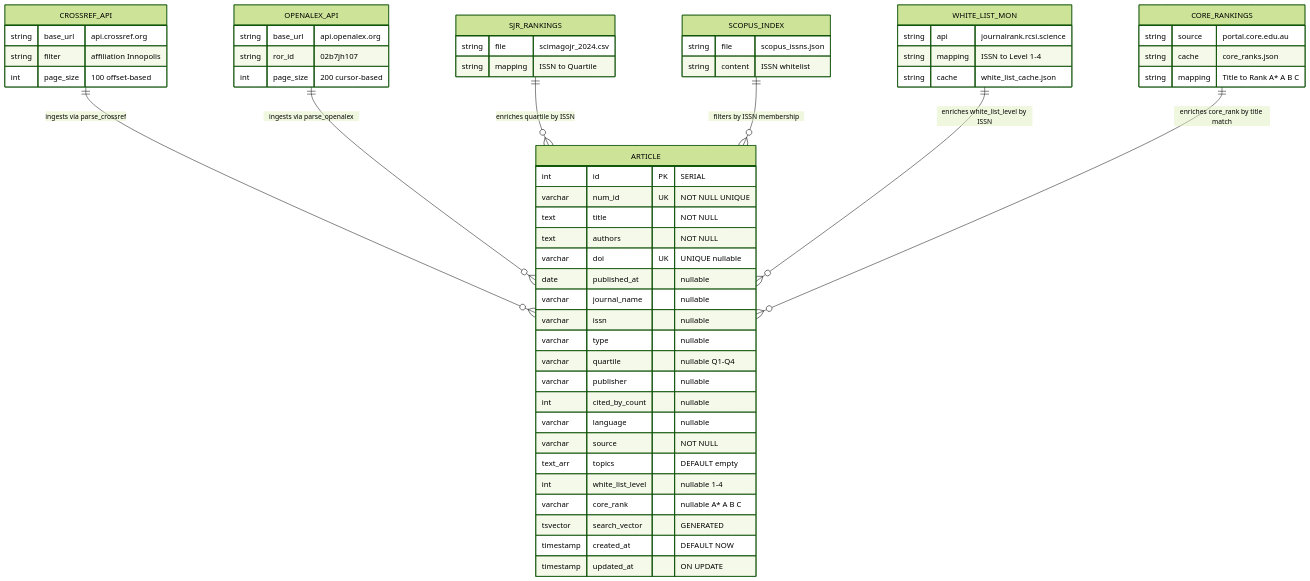
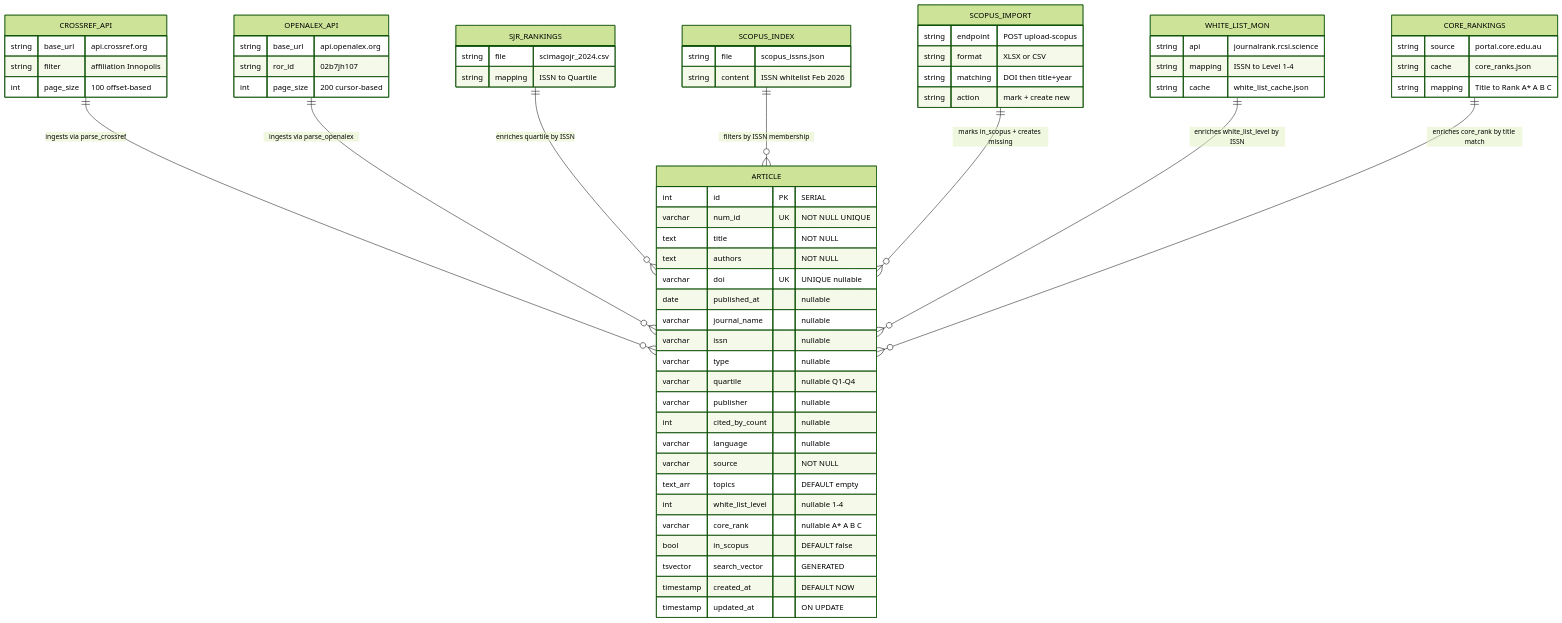
The diagram in diagrams/erd.mmd (sevarus23/Mon_pub), drawn with Mermaid (forest theme) before and after one commit. The commit also changed 14 other files, not shown here.

First line of the commit message:
Add Scopus import: upload file, mark existing articles, create missing ones

```diff
--- a/diagrams/erd.mmd
+++ b/diagrams/erd.mmd
@@ -1,64 +1,73 @@
 erDiagram
     ARTICLE {
         int id PK "SERIAL"
         varchar num_id UK "NOT NULL UNIQUE"
         text title "NOT NULL"
         text authors "NOT NULL"
         varchar doi UK "UNIQUE nullable"
         date published_at "nullable"
         varchar journal_name "nullable"
         varchar issn "nullable"
         varchar type "nullable"
         varchar quartile "nullable Q1-Q4"
         varchar publisher "nullable"
         int cited_by_count "nullable"
         varchar language "nullable"
         varchar source "NOT NULL"
         text_arr topics "DEFAULT empty"
         int white_list_level "nullable 1-4"
         varchar core_rank "nullable A* A B C"
+        bool in_scopus "DEFAULT false"
         tsvector search_vector "GENERATED"
         timestamp created_at "DEFAULT NOW"
         timestamp updated_at "ON UPDATE"
     }
 
     CROSSREF_API {
         string base_url "api.crossref.org"
         string filter "affiliation Innopolis"
         int page_size "100 offset-based"
     }
 
     OPENALEX_API {
         string base_url "api.openalex.org"
         string ror_id "02b7jh107"
         int page_size "200 cursor-based"
     }
 
     SJR_RANKINGS {
         string file "scimagojr_2024.csv"
         string mapping "ISSN to Quartile"
     }
 
     SCOPUS_INDEX {
         string file "scopus_issns.json"
-        string content "ISSN whitelist"
+        string content "ISSN whitelist Feb 2026"
+    }
+
+    SCOPUS_IMPORT {
+        string endpoint "POST upload-scopus"
+        string format "XLSX or CSV"
+        string matching "DOI then title+year"
+        string action "mark + create new"
     }
 
     WHITE_LIST_MON {
         string api "journalrank.rcsi.science"
         string mapping "ISSN to Level 1-4"
         string cache "white_list_cache.json"
     }
 
     CORE_RANKINGS {
         string source "portal.core.edu.au"
         string cache "core_ranks.json"
         string mapping "Title to Rank A* A B C"
     }
 
     CROSSREF_API ||--o{ ARTICLE : "ingests via parse_crossref"
     OPENALEX_API ||--o{ ARTICLE : "ingests via parse_openalex"
     SJR_RANKINGS ||--o{ ARTICLE : "enriches quartile by ISSN"
     SCOPUS_INDEX ||--o{ ARTICLE : "filters by ISSN membership"
+    SCOPUS_IMPORT ||--o{ ARTICLE : "marks in_scopus + creates missing"
     WHITE_LIST_MON ||--o{ ARTICLE : "enriches white_list_level by ISSN"
     CORE_RANKINGS ||--o{ ARTICLE : "enriches core_rank by title match"
```
